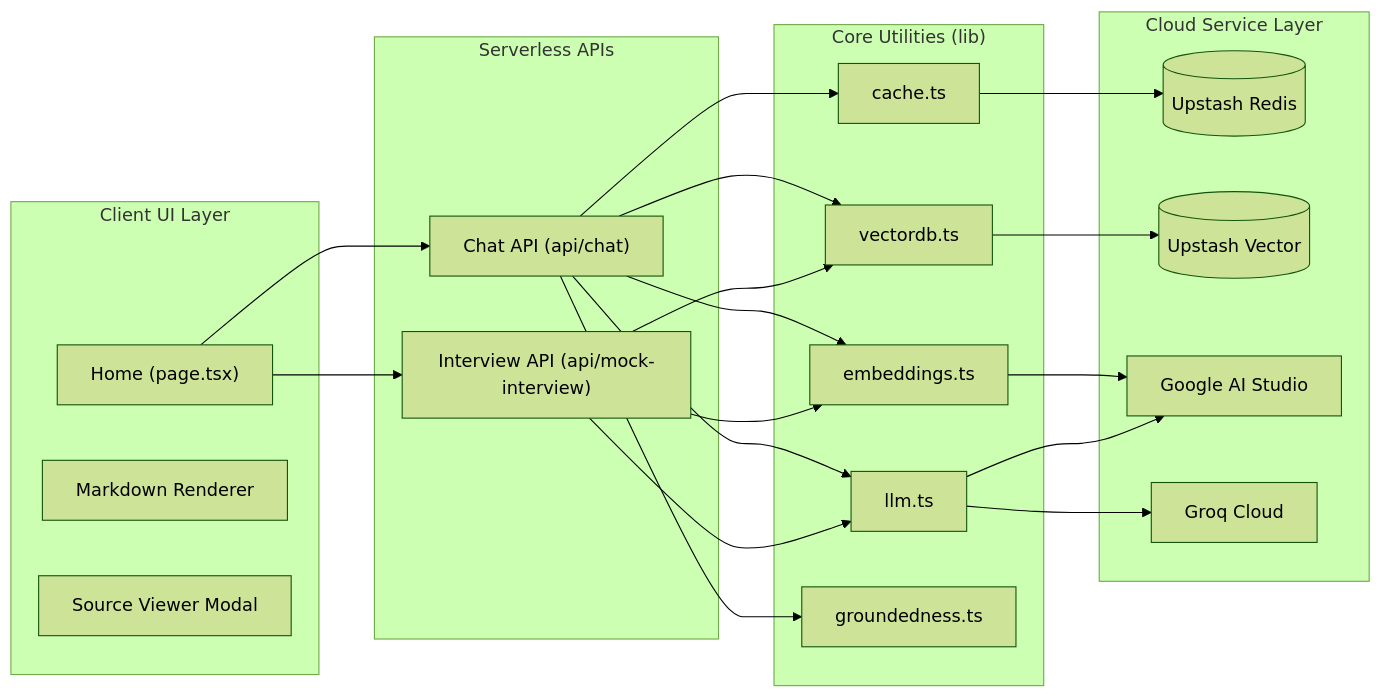
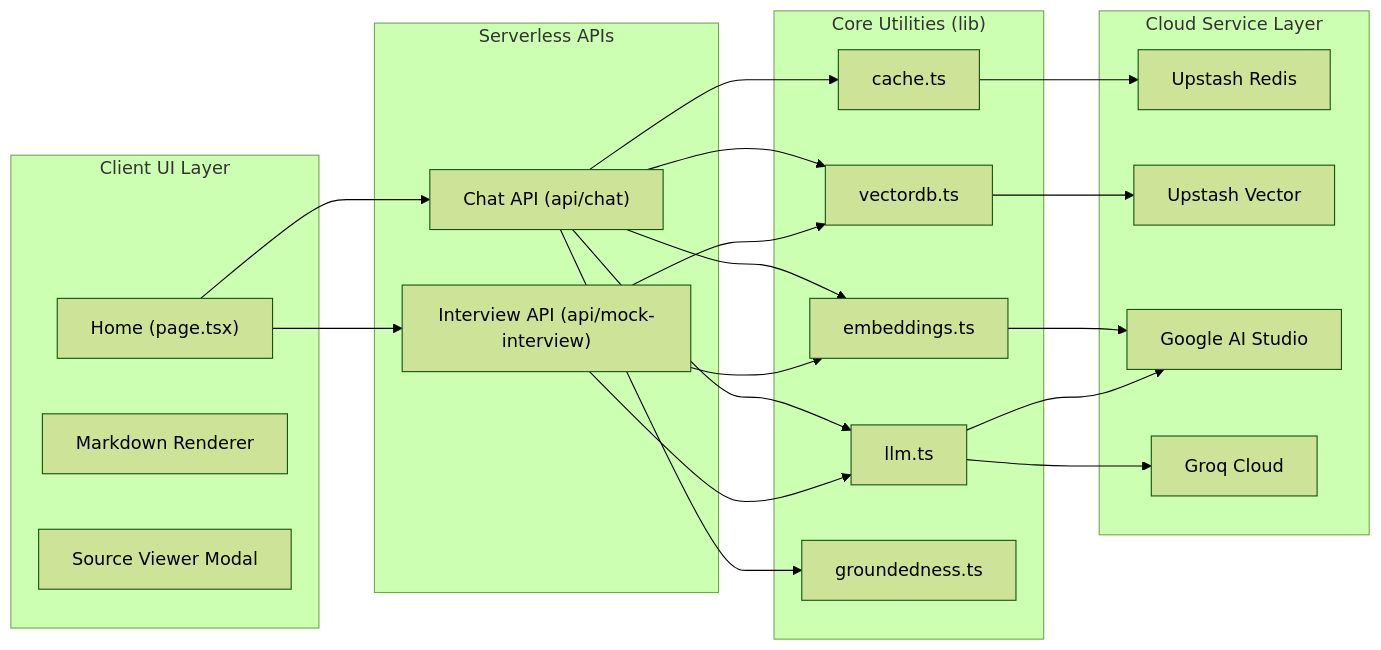
The second of 7 diagrams in PROJECT_MASTER_DOCUMENTATION.md (Raviksharma2005/RAG-SYSTEM-INTERVIEW-PREP-ASSISTANT), drawn with Mermaid (forest theme) before and after one commit. The commit also changed other lines of this file, not shown here.

Commit message:
docs: Fix Mermaid syntax errors in documentation

````diff
--- a/PROJECT_MASTER_DOCUMENTATION.md
+++ b/PROJECT_MASTER_DOCUMENTATION.md
@@ -111,41 +111,41 @@
 ```mermaid
 graph LR
     subgraph Frontend ["Client UI Layer"]
         Page["Home (page.tsx)"]
         MarkdownComp["Markdown Renderer"]
         SourceModal["Source Viewer Modal"]
     end
     subgraph API ["Serverless APIs"]
         ChatRoute["Chat API (api/chat)"]
         InterviewRoute["Interview API (api/mock-interview)"]
     end
     subgraph Utilities ["Core Utilities (lib)"]
         Cache["cache.ts"]
         Embeddings["embeddings.ts"]
         VectorDB["vectordb.ts"]
         LLM["llm.ts"]
         Groundedness["groundedness.ts"]
     end
     subgraph External ["Cloud Service Layer"]
-        RedisDB[("Upstash Redis")]
-        VectorIndex[("Upstash Vector")]
+        RedisDB["Upstash Redis"]
+        VectorIndex["Upstash Vector"]
         GeminiCloud["Google AI Studio"]
         GroqCloud["Groq Cloud"]
     end
 
     Page --> ChatRoute
     Page --> InterviewRoute
     ChatRoute --> Cache
     ChatRoute --> Embeddings
     ChatRoute --> VectorDB
     ChatRoute --> LLM
     ChatRoute --> Groundedness
     InterviewRoute --> Embeddings
     InterviewRoute --> VectorDB
     InterviewRoute --> LLM
     Cache --> RedisDB
     Embeddings --> GeminiCloud
     VectorDB --> VectorIndex
     LLM --> GroqCloud
     LLM --> GeminiCloud
 ```
````
